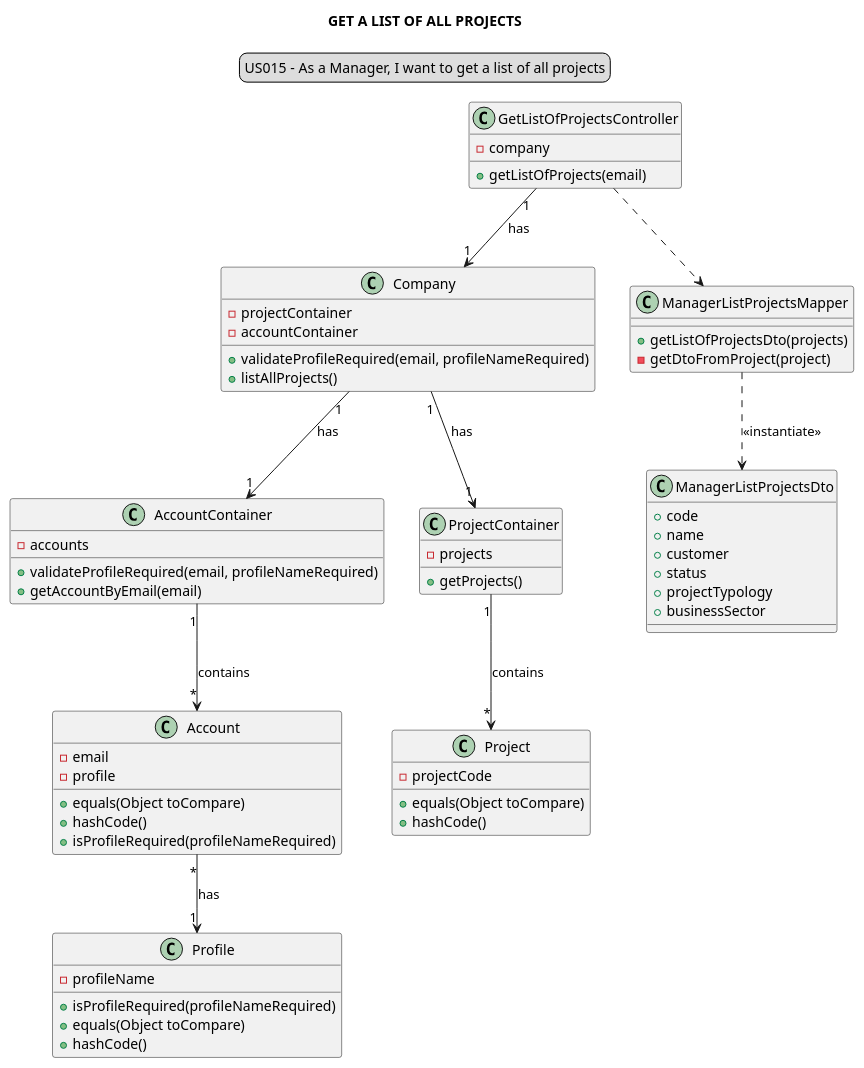
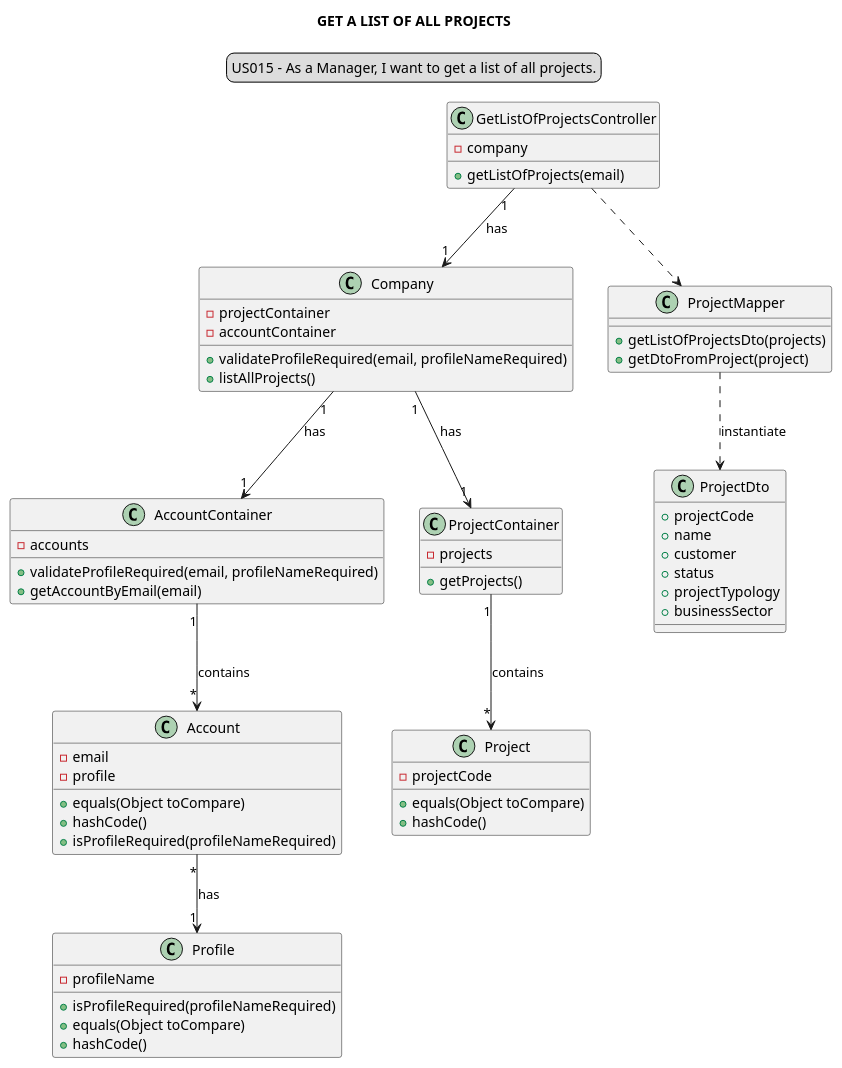
The diagram in docs/modelling_design/user_stories/sprint02/us015/US015_classDiagram.puml (Loracline/project_switch_22-23), drawn with PlantUML before and after one commit. The commit also changed 20 other files, not shown here.

```diff
--- a/docs/modelling_design/user_stories/sprint02/us015/US015_classDiagram.puml
+++ b/docs/modelling_design/user_stories/sprint02/us015/US015_classDiagram.puml
@@ -1,77 +1,76 @@
 @startuml
-
 
 title GET A LIST OF ALL PROJECTS
 skinparam sequenceMessageAlign center
 legend top
-US015 - As a Manager, I want to get a list of all projects
+US015 - As a Manager, I want to get a list of all projects.
 end legend
 
 class "GetListOfProjectsController" {
 -company
 +getListOfProjects(email)
 }
 
 class "Company"{
 -projectContainer
 -accountContainer
 +validateProfileRequired(email, profileNameRequired)
 +listAllProjects()
 }
 
 class "AccountContainer"{
 -accounts
 +validateProfileRequired(email, profileNameRequired)
 +getAccountByEmail(email)
 }
 
 class "Account"{
 -email
 -profile
 +equals(Object toCompare)
 +hashCode()
 +isProfileRequired(profileNameRequired)
 }
 
 class Profile{
 -profileName
 +isProfileRequired(profileNameRequired)
 +equals(Object toCompare)
 +hashCode()
 }
 
 class "ProjectContainer"{
 -projects
 +getProjects()
 }
 
 class "Project"{
 -projectCode
 +equals(Object toCompare)
 +hashCode()
 }
 
-class "ManagerListProjectsMapper"{
+class "ProjectMapper"{
 +getListOfProjectsDto(projects)
--getDtoFromProject(project)
++getDtoFromProject(project)
 }
 
-class "ManagerListProjectsDto" {
-+code
+class "ProjectDto" {
++projectCode
 +name
 +customer
 +status
 +projectTypology
 +businessSector
 }
 
 "GetListOfProjectsController" "1"-->"1" "Company": has
-"GetListOfProjectsController" ..> "ManagerListProjectsMapper"
+"GetListOfProjectsController" ..> "ProjectMapper"
 "Company" "1"-->"1" "ProjectContainer": has
 "Company" "1"-->"1" "AccountContainer": has
 "AccountContainer" "1"-->"*" Account: contains
 "ProjectContainer" "1"-->"*" Project: contains
 "Account" "*"-->"1" "Profile" : has
-"ManagerListProjectsMapper" ..> "ManagerListProjectsDto": <<instantiate>>
+"ProjectMapper" ..> "ProjectDto": instantiate
 
 @enduml
```
